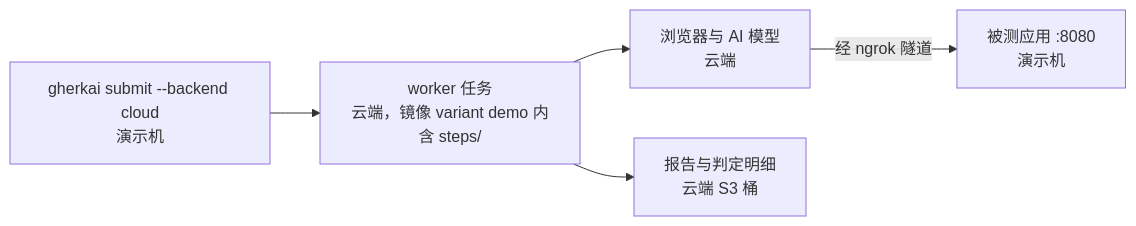
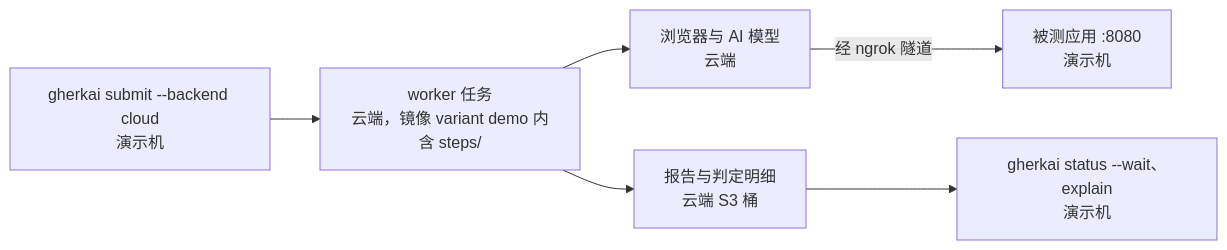
The third of 3 diagrams in docs/demo-runbook.md (zhiyanliu/gherkai-webapp-demo), drawn with Mermaid before and after one commit. The commit also changed other lines of this file, not shown here.

Commit message:
runbook 环境图：结果的读取以节点画进两条链（explain；status --wait 与 explain），去掉图前的文字说明

````diff
--- a/docs/demo-runbook.md
+++ b/docs/demo-runbook.md
@@ -76,5 +76,5 @@
 ```mermaid
 flowchart LR
     CLI["gherkai submit --backend cloud<br/>演示机"] --> WK["worker 任务<br/>云端，镜像 variant demo 内含 steps/"] --> BR["浏览器与 AI 模型<br/>云端"] -- "经 ngrok 隧道" --> APP["被测应用 :8080<br/>演示机"]
-    WK --> S3["报告与判定明细<br/>云端 S3 桶"]
+    WK --> S3["报告与判定明细<br/>云端 S3 桶"] --> RD["gherkai status --wait、explain<br/>演示机"]
 ```
````
